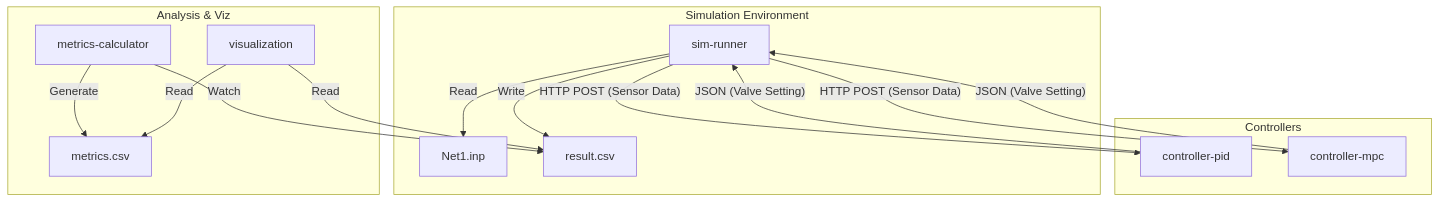
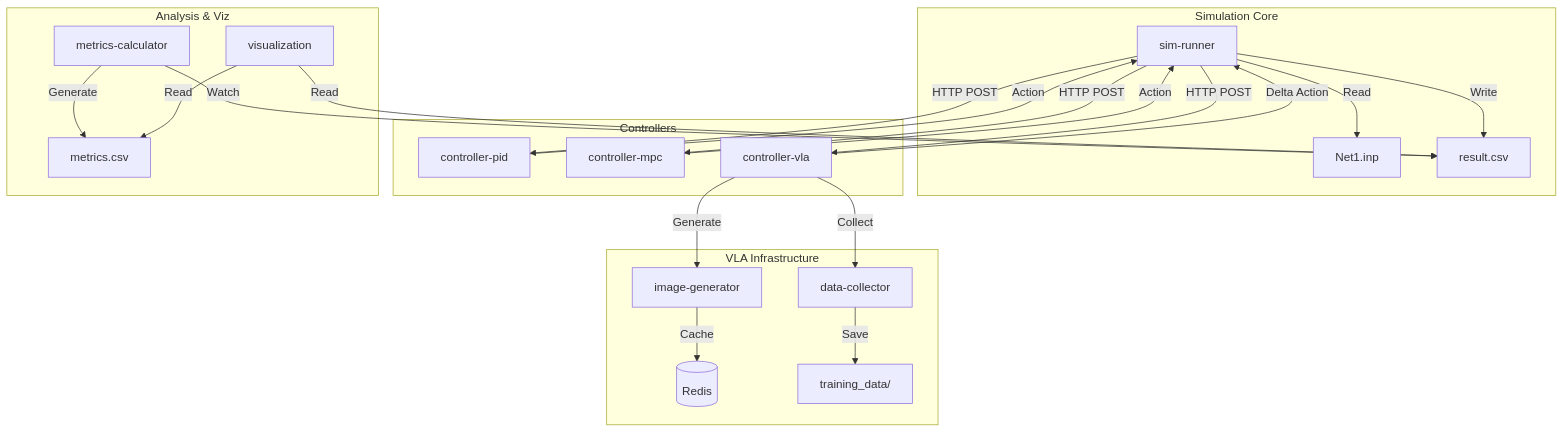
One commit to hayato-akagi/epanet-sim changed the diagram in README.md. Above: the diagram before and after it, drawn with Mermaid. The commit also changed other lines of this file and 6 other files, not shown here.

````diff
--- a/README.md
+++ b/README.md
@@ -23,21 +37,30 @@
 ```mermaid
-graph TD
-    subgraph "Simulation Environment"
+graph TB
+    subgraph "Simulation Core"
         SR[sim-runner] -->|Read| INP[Net1.inp]
         SR -->|Write| RES[result.csv]
     end
-
+    
     subgraph "Controllers"
-        SR -- HTTP POST (Sensor Data) --> PID[controller-pid]
-        SR -- HTTP POST (Sensor Data) --> MPC[controller-mpc]
-        PID -- JSON (Valve Setting) --> SR
-        MPC -- JSON (Valve Setting) --> SR
+        SR -->|HTTP POST| PID[controller-pid]
+        SR -->|HTTP POST| MPC[controller-mpc]
+        SR -->|HTTP POST| VLA[controller-vla]
+        PID -->|Action| SR
+        MPC -->|Action| SR
+        VLA -->|Delta Action| SR
     end
-
+    
+    subgraph "VLA Infrastructure"
+        VLA -->|Generate| IMG[image-generator]
+        IMG -->|Cache| REDIS[(Redis)]
+        VLA -->|Collect| DC[data-collector]
+        DC -->|Save| TD[training_data/]
+    end
+    
     subgraph "Analysis & Viz"
-        MET[metrics-calculator] -- Watch --> RES
+        MET[metrics-calculator] -->|Watch| RES
         MET -->|Generate| M_CSV[metrics.csv]
-        VIZ[visualization] -- Read --> RES
-        VIZ -- Read --> M_CSV
+        VIZ[visualization] -->|Read| RES
+        VIZ -->|Read| M_CSV
     end
 ```
````
